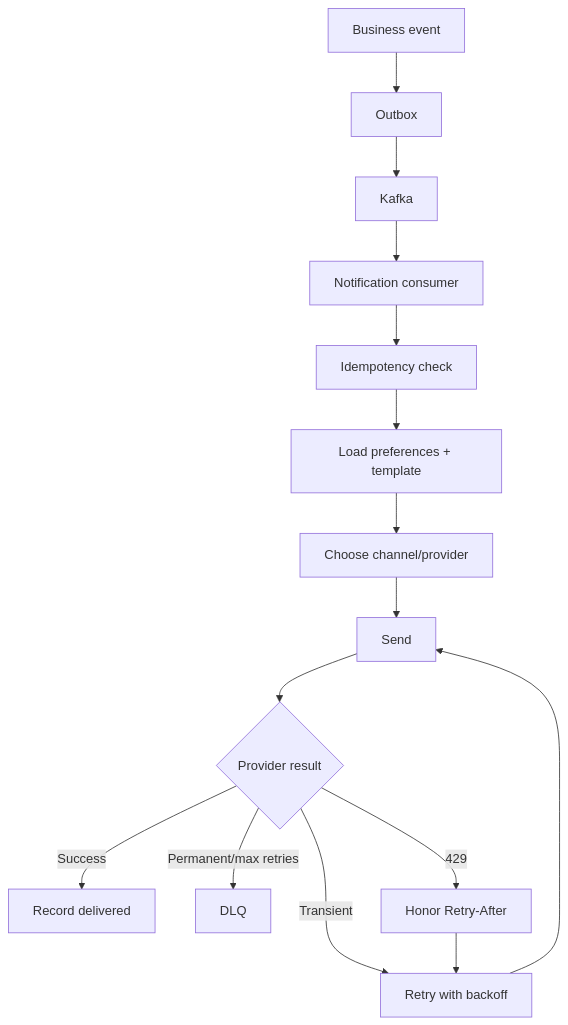
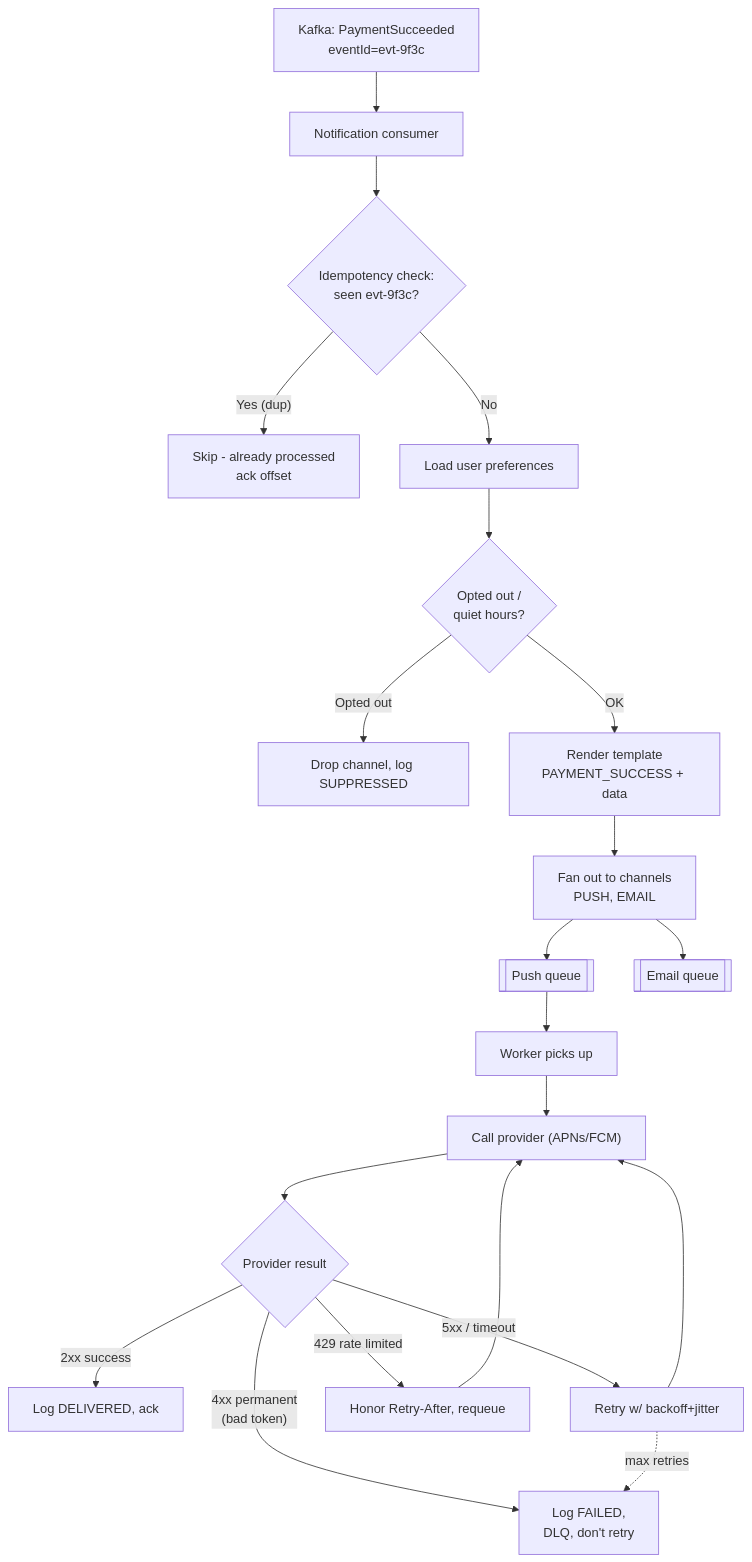
Before and after one commit to pankajThakur1874/studysheet: the third of 9 diagrams in files/07-design-questions/08-notification-system.md, drawn with Mermaid. The commit also changed other lines of this file and 6 other files, not shown here.

````diff
--- a/files/07-design-questions/08-notification-system.md
+++ b/files/07-design-questions/08-notification-system.md
@@ -97,17 +265,23 @@
 ```mermaid
 flowchart TD
-    A[Business event] --> B[Outbox]
-    B --> C[Kafka]
-    C --> D[Notification consumer]
-    D --> E[Idempotency check]
-    E --> F["Load preferences + template"]
-    F --> G["Choose channel/provider"]
-    G --> H[Send]
-    H --> I{Provider result}
-    I -->|Success| J[Record delivered]
-    I -->|Transient| K[Retry with backoff]
-    K --> H
-    I -->|"Permanent/max retries"| L[DLQ]
-    I -->|429| M[Honor Retry-After]
-    M --> K
+    A["Kafka: PaymentSucceeded<br/>eventId=evt-9f3c"] --> B[Notification consumer]
+    B --> C{"Idempotency check:<br/>seen evt-9f3c?"}
+    C -->|"Yes (dup)"| Z["Skip - already processed<br/>ack offset"]
+    C -->|No| D["Load user preferences"]
+    D --> E{"Opted out /<br/>quiet hours?"}
+    E -->|"Opted out"| Z2["Drop channel, log SUPPRESSED"]
+    E -->|OK| F["Render template<br/>PAYMENT_SUCCESS + data"]
+    F --> G["Fan out to channels<br/>PUSH, EMAIL"]
+    G --> H1[["Push queue"]]
+    G --> H2[["Email queue"]]
+    H1 --> W["Worker picks up"]
+    W --> I["Call provider (APNs/FCM)"]
+    I --> J{Provider result}
+    J -->|2xx success| K["Log DELIVERED, ack"]
+    J -->|"5xx / timeout"| L["Retry w/ backoff+jitter"]
+    L --> I
+    J -->|"429 rate limited"| M["Honor Retry-After, requeue"]
+    M --> I
+    J -->|"4xx permanent<br/>(bad token)"| N["Log FAILED,<br/>DLQ, don't retry"]
+    L -.max retries.-> N
 ```
````
